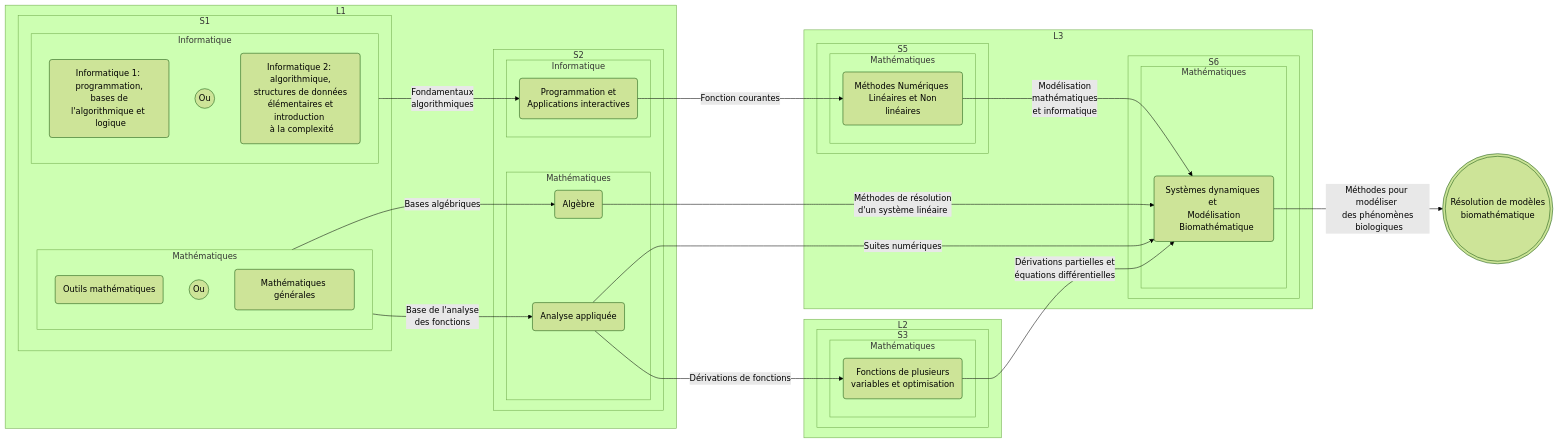
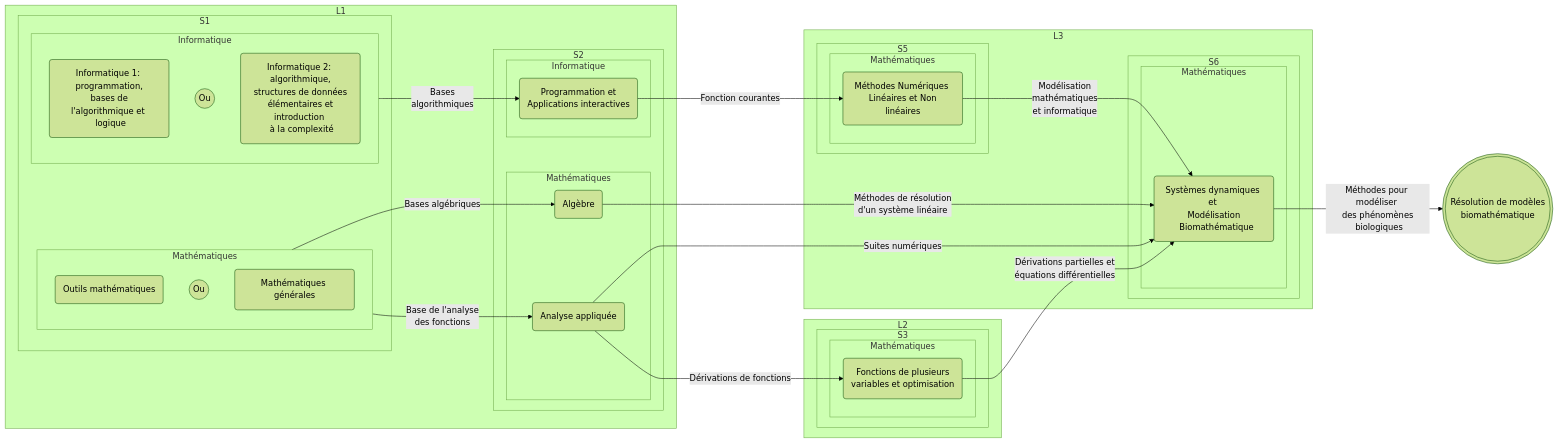
One commit to anthobeach/applications-concretes-des-apprentissages changed the third of 7 diagrams in README.md. Above: the diagram before and after it, drawn with Mermaid (forest theme). The commit also changed other lines of this file, not shown here.

Commit message:
Fix capitalization in README.md for consistency

````diff
--- a/README.md
+++ b/README.md
@@ -202,74 +202,74 @@
 ```mermaid
 flowchart LR
 		subgraph le1 [L1]
 			subgraph se1 [S1]
 				subgraph math1 [Mathématiques]
 					id1( Outils mathématiques )
 					id2((Ou))
 					id3( Mathématiques générales )
 		    	end
 		    	subgraph info1 [Informatique]
 					id4( Informatique 1: <br> programmation, <br> bases de l'algorithmique et <br> logique )
 		    		id5((Ou))
 			  		id6( Informatique 2: <br> algorithmique, <br> structures de données <br> élémentaires et introduction <br> à la complexité )
 			  	end
 	    end
 	    subgraph se2[S2]
 		    subgraph math2[Mathématiques]
 			    id7( Analyse appliquée )
 			    id8( Algèbre )
 			  end
 			  subgraph info2 [Informatique]
 				  id9( Programmation et <br> Applications interactives )
 				end
 	    end
     end
     subgraph le2 [L2]
 	    subgraph se3 [S3]
 		    subgraph math3 [Mathématiques]
 			    id10( Fonctions de plusieurs <br> variables et optimisation )
 			  end
 			end
 		end
 		subgraph le3 [L3]
 			subgraph se5 [S5]
 				subgraph math4 [Mathématiques]
 					id11( Méthodes Numériques <br> Linéaires et Non linéaires )
 				end
 			end
 			subgraph se6 [S6]
 				subgraph math5 [Mathématiques]
 					id12( Systèmes dynamiques et <br> Modélisation <br>  Biomathématique ) 
 				end
 			end
 		end
 		id13@{ shape: dbl-circ, label: Résolution de modèles <br> biomathématique }
 		
     %% clickable link
 	    %% S1
 	    click id1 "https://formations.u-bordeaux.fr/details-formation?type=enseignement&id=38891"
 	    click id3 "https://formations.u-bordeaux.fr/details-formation?type=enseignement&id=38892"
 	    click id4 "https://formations.u-bordeaux.fr/details-formation?type=enseignement&id=38897"
 	    click id6 "https://formations.u-bordeaux.fr/details-formation?type=enseignement&id=38899"
 	    %% S2
 	    click id7 "https://formations.u-bordeaux.fr/details-formation?type=enseignement&id=27957"
 	    click id8 "https://formations.u-bordeaux.fr/details-formation?type=enseignement&id=27954"
 	    click id9 "https://formations.u-bordeaux.fr/details-formation?type=enseignement&id=27565"
 	    %% S3
 	    click id10 "https://formations.u-bordeaux.fr/details-formation?type=enseignement&id=28020"
 	    %% S5 
 	    click id11 "https://formations.u-bordeaux.fr/details-formation?type=enseignement&id=77922"
 	    %% S6
 	    click id12 "https://formations.u-bordeaux.fr/details-formation?type=enseignement&id=77953"
     %% knowledge transfer
     math1 -- Base de l'analyse <br> des fonctions --> id7
     math1 -- Bases algébriques --> id8
-    info1 -- Fondamentaux <br> algorithmiques  --> id9
+    info1 -- Bases <br> algorithmiques  --> id9
     id7 -- Dérivations de fonctions --> id10
     id7 -- Suites numériques --> id12
     id8 -- Méthodes de résolution <br> d'un système linéaire --> id12
     id9 -- Fonction courantes --> id11
     id10 -- Dérivations partielles et <br> équations différentielles --> id12
     id11 -- Modélisation <br> mathématiques <br> et informatique --> id12
     id12 -- Méthodes pour modéliser <br> des phénomènes <br> biologiques --> id13
 ```
````
